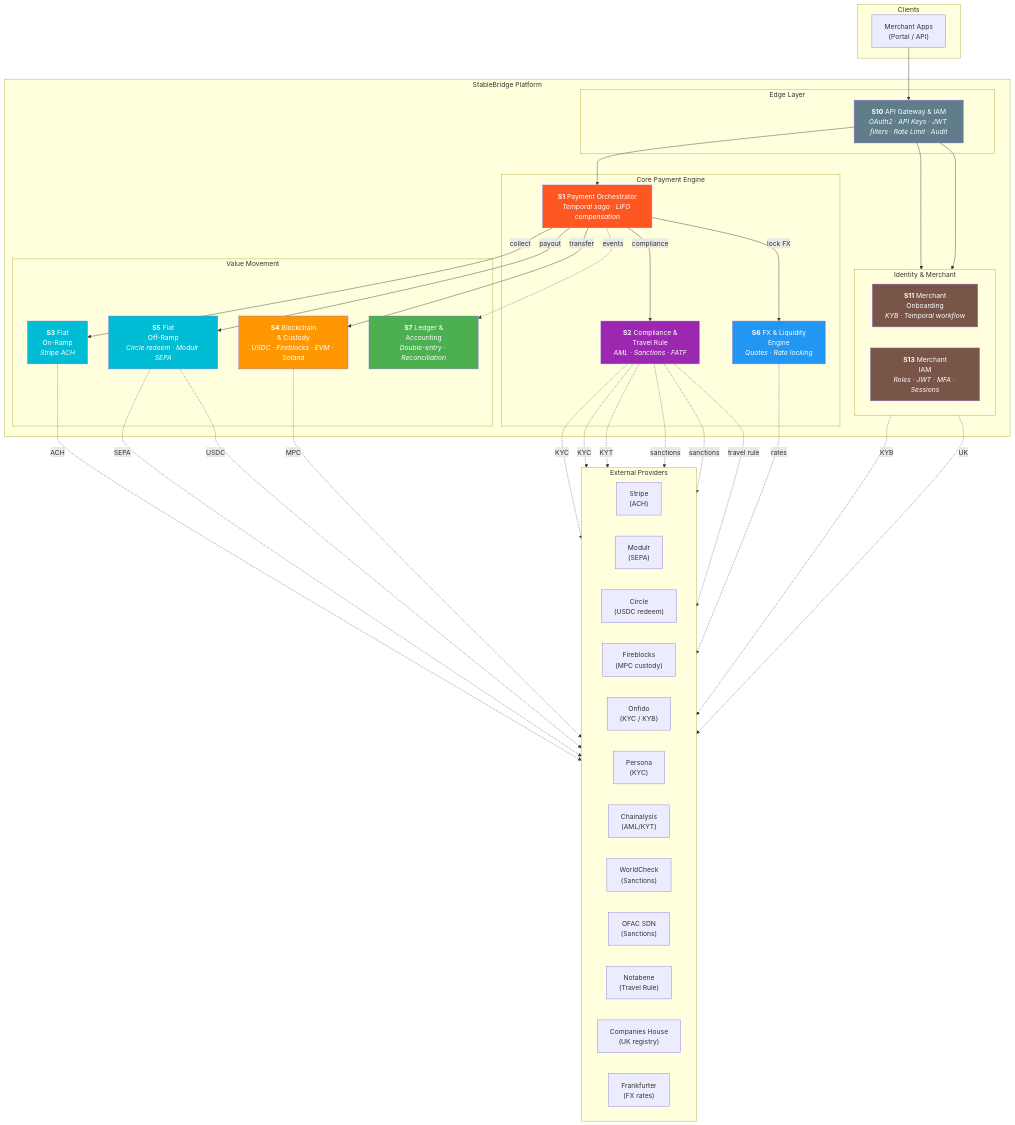
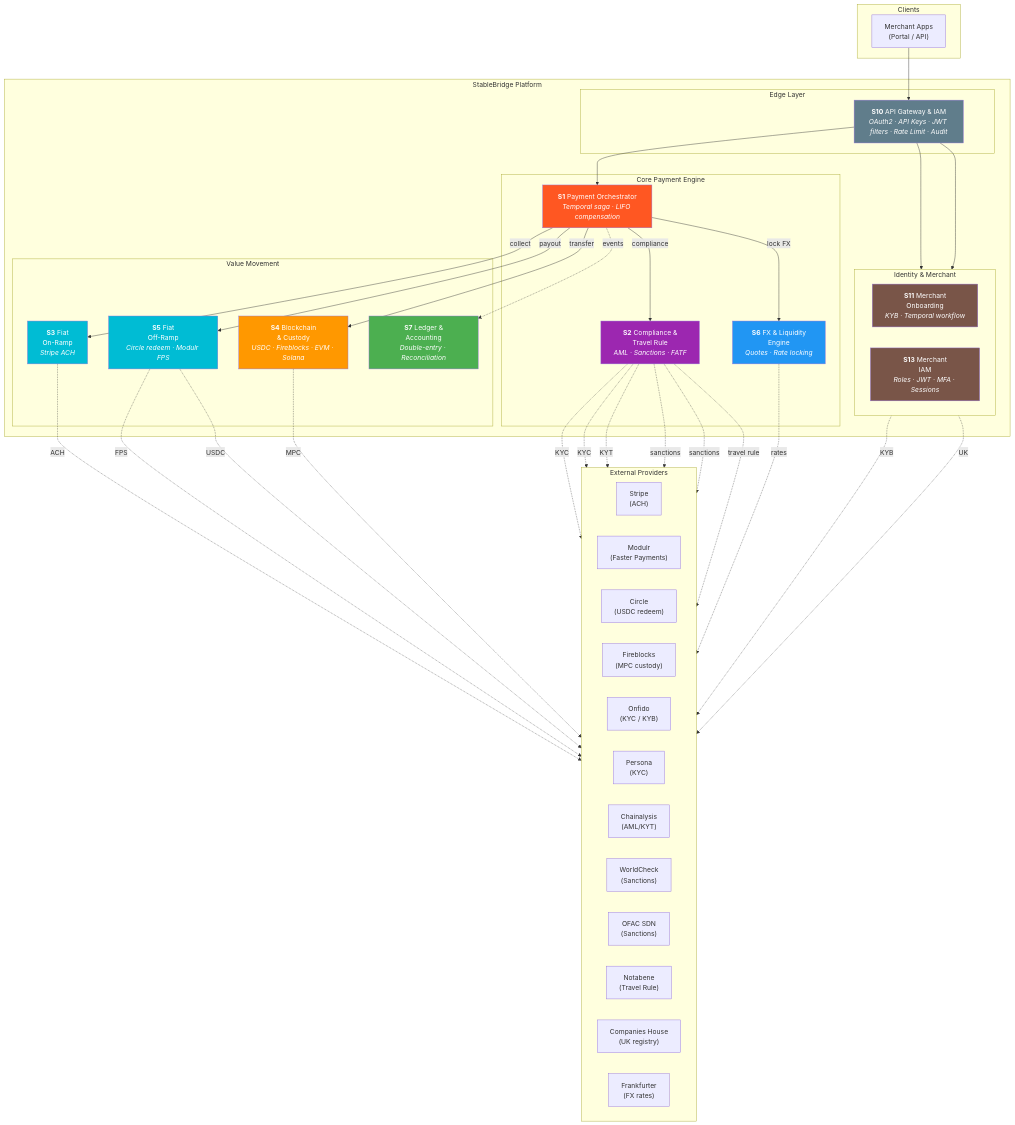
One commit to Puneethkumarck/stablebridge-platform changed the fifth of 5 diagrams in README.md. Above: the diagram before and after it, drawn with Mermaid. The commit also changed other lines of this file and 1 other file, not shown here.

```diff
--- a/README.md
+++ b/README.md
@@ -350,7 +355,7 @@
         subgraph Value["Value Movement"]
             S3["<b>S3</b> Fiat<br/>On-Ramp<br/><i>Stripe ACH</i>"]
             S4["<b>S4</b> Blockchain<br/>&amp; Custody<br/><i>USDC · Fireblocks · EVM · Solana</i>"]
-            S5["<b>S5</b> Fiat<br/>Off-Ramp<br/><i>Circle redeem · Modulr SEPA</i>"]
+            S5["<b>S5</b> Fiat<br/>Off-Ramp<br/><i>Circle redeem · Modulr FPS</i>"]
             S7["<b>S7</b> Ledger &amp;<br/>Accounting<br/><i>Double-entry · Reconciliation</i>"]
         end
     end
@@ -358,7 +363,7 @@
     subgraph External["External Providers"]
         direction LR
         STRIPE["Stripe<br/>(ACH)"]
-        MODULR["Modulr<br/>(SEPA)"]
+        MODULR["Modulr<br/>(Faster Payments)"]
         CIRCLE["Circle<br/>(USDC redeem)"]
         FB["Fireblocks<br/>(MPC custody)"]
         ONFIDO["Onfido<br/>(KYC / KYB)"]
@@ -384,7 +389,7 @@
     S1 -.->|"events"| S7
 
     S3 -. "ACH" .-> STRIPE
-    S5 -. "SEPA" .-> MODULR
+    S5 -. "FPS" .-> MODULR
     S5 -. "USDC" .-> CIRCLE
     S4 -. "MPC" .-> FB
     S2 -. "KYC" .-> ONFIDO
```
